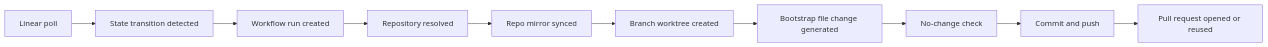
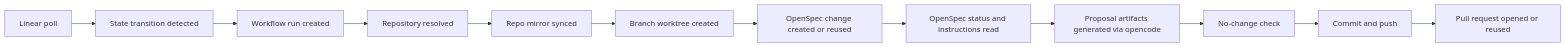
One commit to mngeow/heimdall changed the diagram in docs/workflows.md. Above: the diagram before and after it, drawn with Mermaid. The commit also changed other lines of this file and 42 other files, not shown here.

First line of the commit message:
feat: Openspec now runs as part of proposal PR flow (#8)

````diff
--- a/docs/workflows.md
+++ b/docs/workflows.md
@@ -23,12 +23,14 @@
 ```mermaid
 flowchart LR
     Poll["Linear poll"] --> Transition["State transition detected"]
     Transition --> Run["Workflow run created"]
     Run --> Repo["Repository resolved"]
     Repo --> Mirror["Repo mirror synced"]
     Mirror --> Worktree["Branch worktree created"]
-    Worktree --> Bootstrap["Bootstrap file change generated"]
-    Bootstrap --> Check["No-change check"]
+    Worktree --> Change["OpenSpec change created or reused"]
+    Change --> Status["OpenSpec status and instructions read"]
+    Status --> Proposal["Proposal artifacts generated via opencode"]
+    Proposal --> Check["No-change check"]
     Check --> Commit["Commit and push"]
     Commit --> PR["Pull request opened or reused"]
 ```
````
